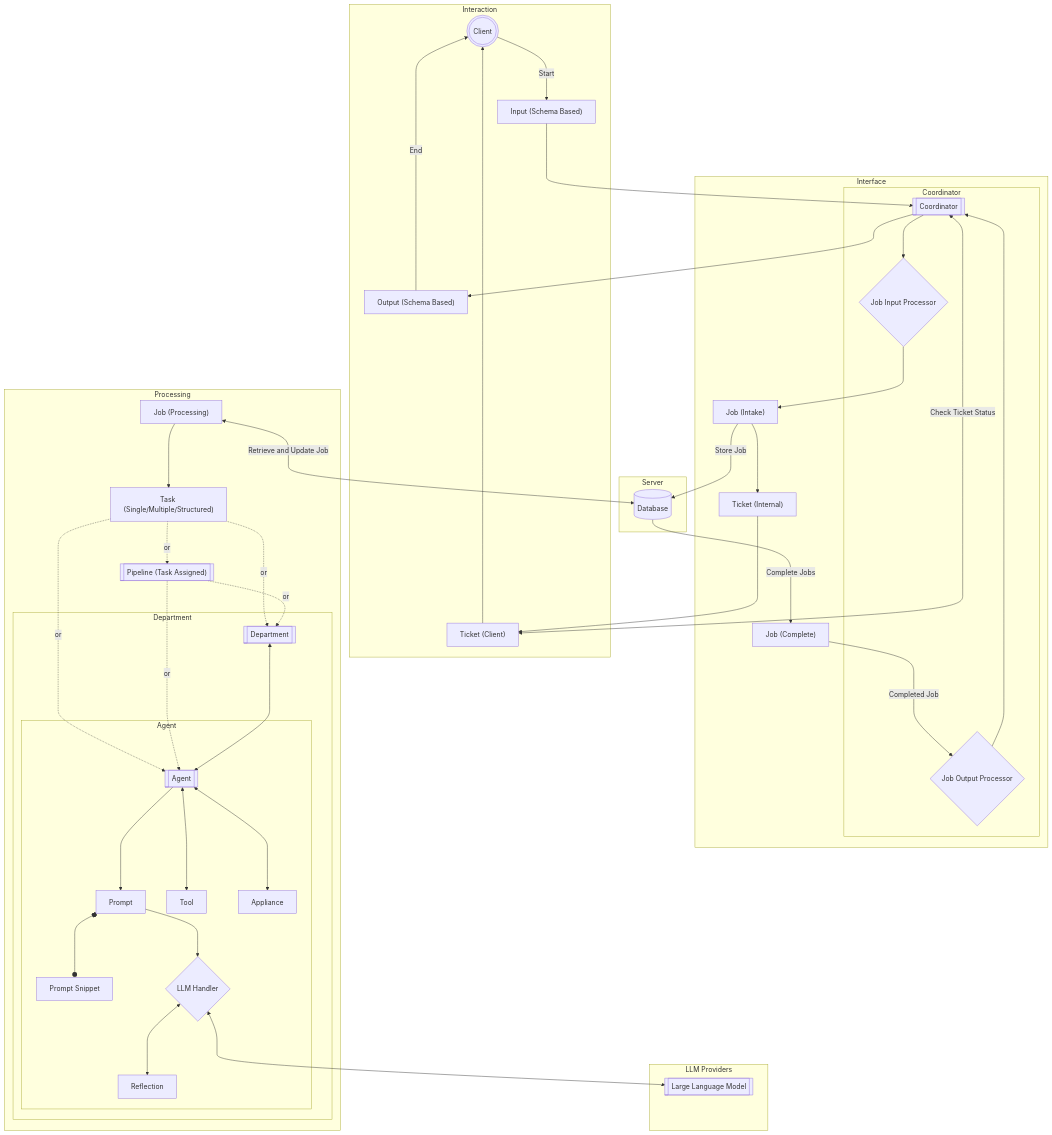
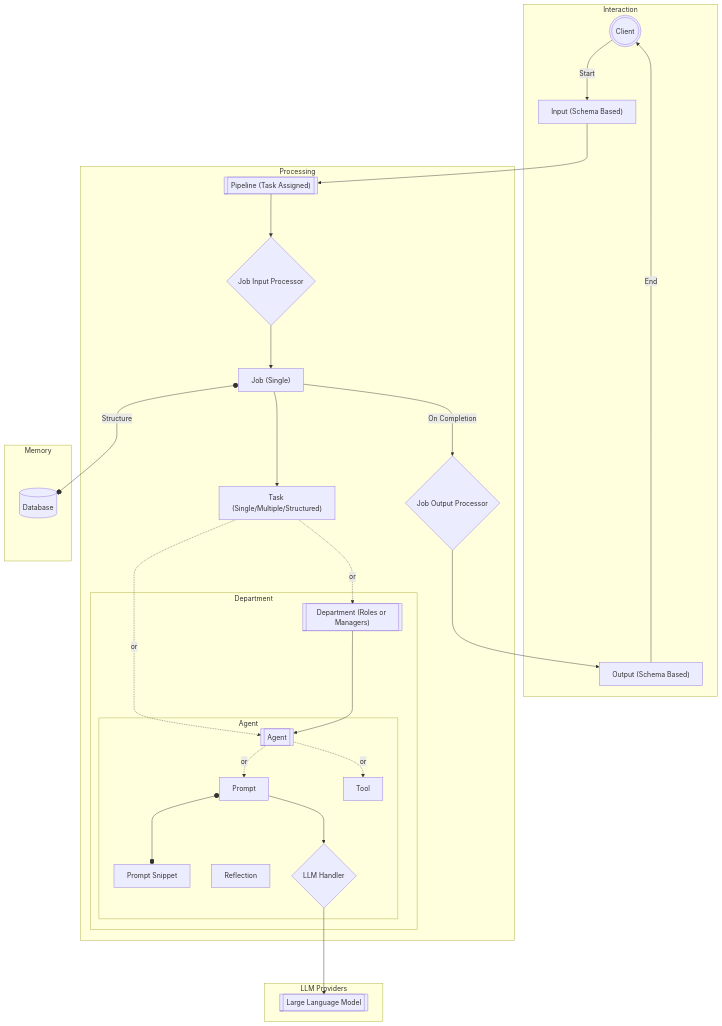
Before and after one commit to stratusadv/dandy: the diagram in docs/flow.md, drawn with Mermaid. The commit also changed 12 other files, not shown here.

Commit message:
Remove some terms, re make the flow diagram and start some of the coding.

````diff
--- a/docs/flow.md
+++ b/docs/flow.md
@@ -1,80 +1,57 @@
 ```mermaid
+
 flowchart TD
     subgraph Interaction
         client((("Client")))
         input["Input (Schema Based)"]
         output["Output (Schema Based)"]
-        ticket_client["Ticket (Client)"]
     end
 
     client --->|Start| input
-    ticket_client <--->|Check Ticket Status| coordinator
-    input ---> coordinator
+    input ---> pipeline
 
-    subgraph Interface
-        subgraph Coordinator 
-        coordinator[["Coordinator"]]
+    subgraph Processing
+        pipeline[["Pipeline (Task Assigned)"]]
         job_input_processor{"Job Input Processor"}
         job_output_processor{"Job Output Processor"}
-        end
-        job_intake["Job (Intake)"]
-        job_complete["Job (Complete)"]
-        ticket_internal["Ticket (Internal)"]
-    end
-
-    coordinator ---> job_input_processor
-    job_input_processor ---> job_intake
-    job_intake --->|Store Job| database
-    job_intake ---> ticket_internal
-    ticket_internal ---> ticket_client
-    ticket_client ---> client
-
-    subgraph Processing
-        job_processing["Job (Processing)"]
-        pipeline[["Pipeline (Task Assigned)"]]
+        job["Job (Single)"]
         task["Task (Single/Multiple/Structured)"]
         subgraph Department
-            department[["Department"]]
+            department[["Department (Roles or Managers)"]]
             subgraph Agent
                 agent[["Agent"]]
                 prompt["Prompt"]
                 prompt_snippet["Prompt Snippet"]
                 tool["Tool"]
-                appliance["Appliance"]
                 reflection["Reflection"]
                 llm_handler{"LLM Handler"}
             end
         end
     end
 
-    job_processing <--->|Retrieve and Update Job| database
-    job_processing ---> task
-    task -.->|or| pipeline
+    pipeline ---> job_input_processor
+    job_input_processor ---> job
+    job ---> task
+    job o---o|Structure| database
     task -.->|or| department
     task -.->|or| agent
-    pipeline -.->|or| department
-    pipeline -.->|or| agent
-    department <---> agent
-    agent <---> tool
-    agent <---> appliance
-    agent ---> prompt
+    department ---> agent
+    agent -.->|or| tool
+    agent -.->|or| prompt
     prompt o---o prompt_snippet
     prompt ---> llm_handler
-    llm_handler <---> llm
-    llm_handler <---> reflection
+    llm_handler ---> llm
+    job --->|On Completion| job_output_processor
+    job_output_processor ---> output
     output --->|End| client
-    database --->|Complete Jobs| job_complete
-    job_complete --->|Completed Job| job_output_processor
-    job_output_processor ---> coordinator
-    coordinator ---> output
 
     subgraph LLM Providers
         llm[["Large Language Model"]]
     end
 
-    subgraph Server
+    subgraph Memory
         database[("Database")]
     end
 
 
 ```
````
